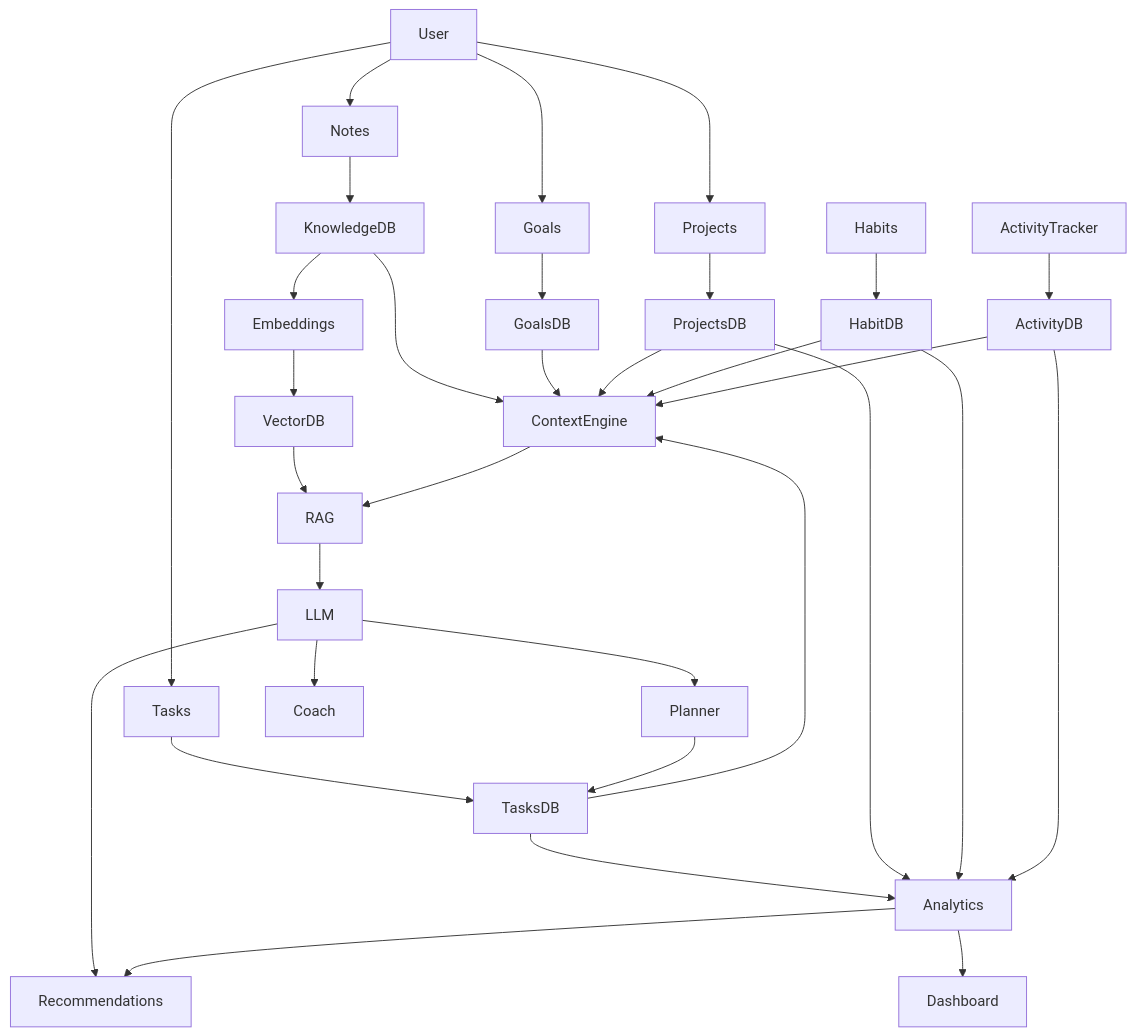
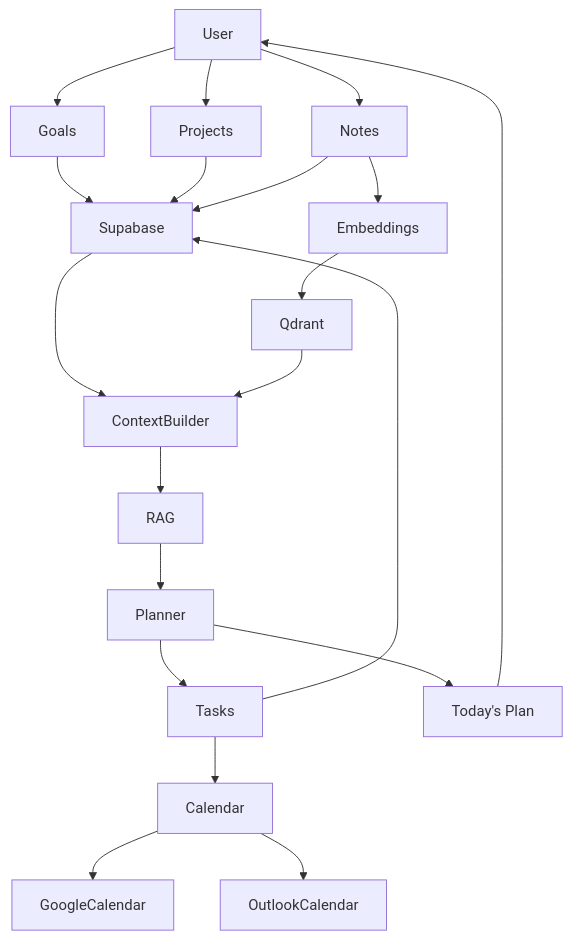
Diagram 11 of 11 in README.md (ArlagaddaMourya/habit_tracker), drawn with Mermaid before and after one commit. The commit also changed other lines of this file and 6 other files, not shown here.

````diff
--- a/README.md
+++ b/README.md
@@ -562,45 +416,39 @@
 ```mermaid
 flowchart TB
 
-User --> Goals
-User --> Projects
-User --> Tasks
-User --> Notes
+    User
 
-ActivityTracker --> ActivityDB
+    User --> Goals
+    User --> Projects
+    User --> Notes
 
-Goals --> GoalsDB
-Projects --> ProjectsDB
-Habits --> HabitDB
-Tasks --> TasksDB
-Notes --> KnowledgeDB
+    Goals --> Supabase
+    Projects --> Supabase
+    Notes --> Supabase
 
-KnowledgeDB --> Embeddings
-Embeddings --> VectorDB
+    Notes --> Embeddings
 
-KnowledgeDB --> ContextEngine
-GoalsDB --> ContextEngine
-ProjectsDB --> ContextEngine
-TasksDB --> ContextEngine
-HabitDB --> ContextEngine
-ActivityDB --> ContextEngine
+    Embeddings --> Qdrant
 
-VectorDB --> RAG
-ContextEngine --> RAG
+    Tasks --> Supabase
 
-RAG --> LLM
+    Supabase --> ContextBuilder
 
-LLM --> Planner
-LLM --> Coach
-LLM --> Recommendations
+    Qdrant --> ContextBuilder
 
-Planner --> TasksDB
+    ContextBuilder --> RAG
 
-TasksDB --> Analytics
-ProjectsDB --> Analytics
-HabitDB --> Analytics
-ActivityDB --> Analytics
+    RAG --> Planner
 
-Analytics --> Dashboard
-Analytics --> Recommendations
+    Planner --> Tasks
+
+    Tasks --> Calendar
+
+    Calendar --> GoogleCalendar
+
+    Calendar --> OutlookCalendar
+
+    Planner --> TodayPlan[Today's Plan]
+
+    TodayPlan --> User
 ```
````
